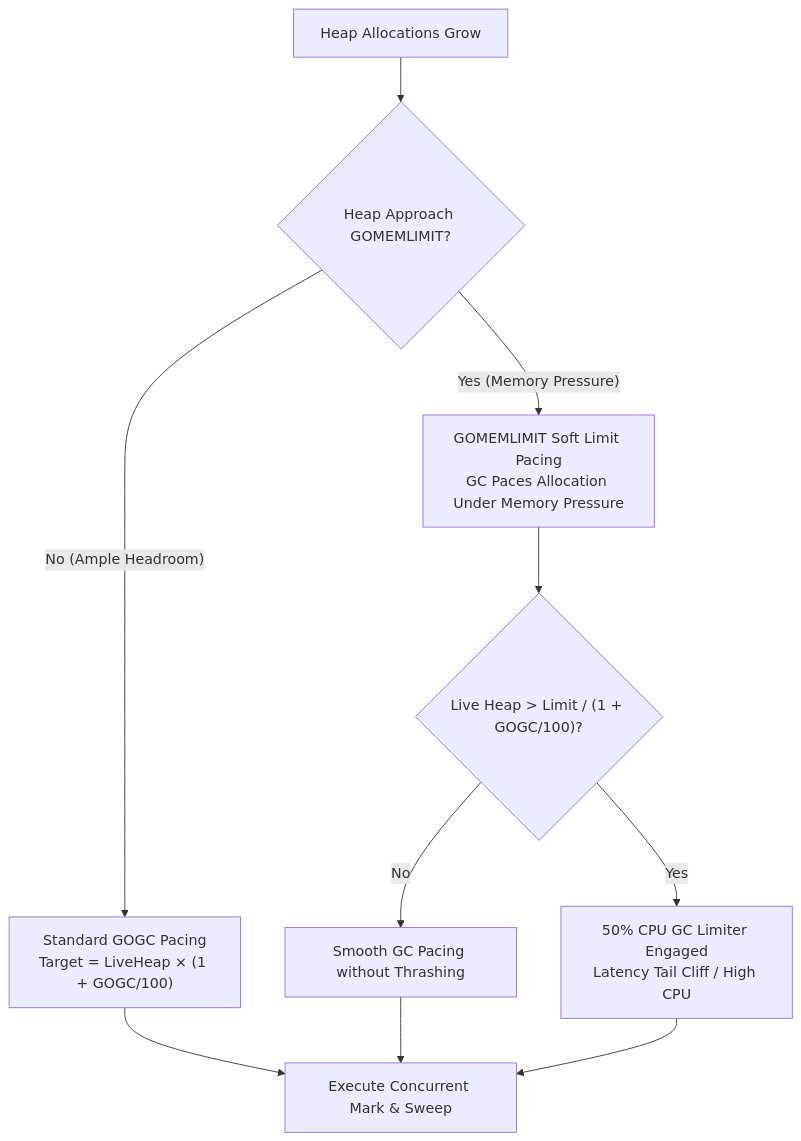
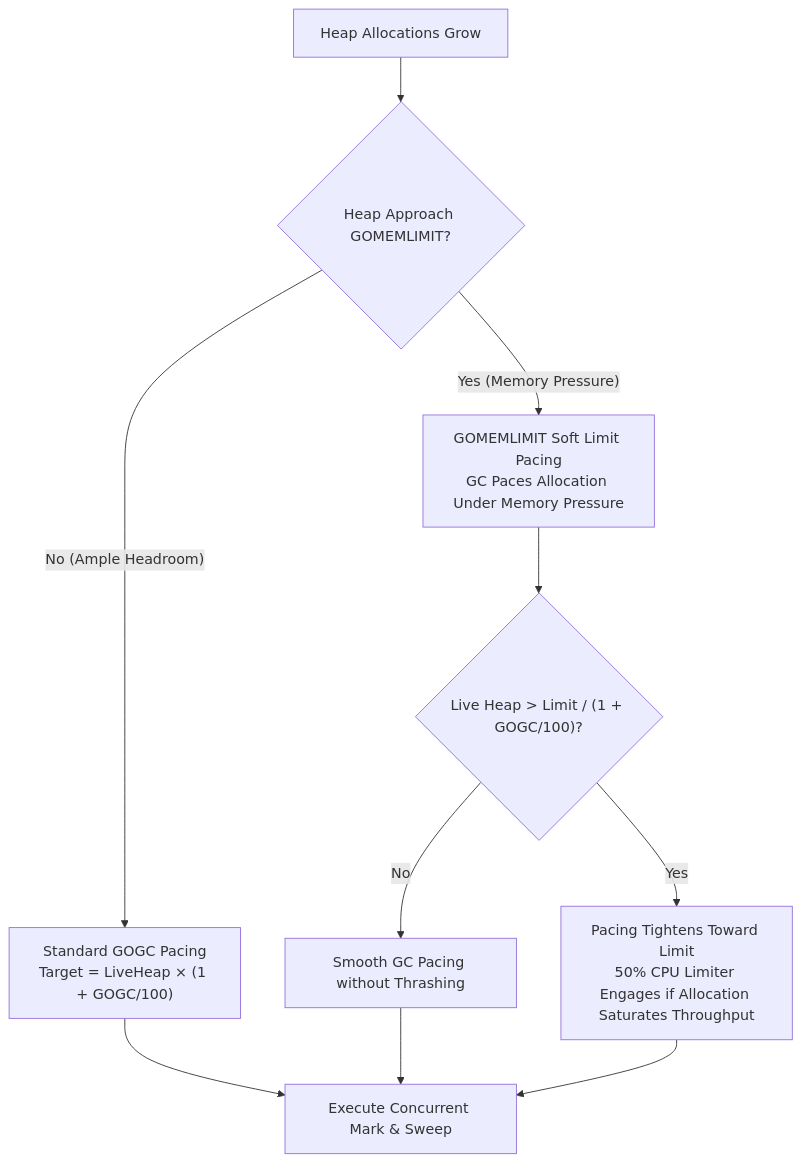
Before and after one commit to EpicBlackWolfZ/microfat: the second of 2 diagrams in docs/runtime-tuning.md, drawn with Mermaid. The commit also changed other lines of this file and 4 other files, not shown here.

````diff
--- a/docs/runtime-tuning.md
+++ b/docs/runtime-tuning.md
@@ -110,16 +112,16 @@
 ```mermaid
 flowchart TD
     Alloc["Heap Allocations Grow"] --> CheckLimit{"Heap Approach GOMEMLIMIT?"}
     
     CheckLimit -->|"No (Ample Headroom)"| StandardGC["Standard GOGC Pacing<br>Target = LiveHeap × (1 + GOGC/100)"]
     CheckLimit -->|"Yes (Memory Pressure)"| LimitGC["GOMEMLIMIT Soft Limit Pacing<br>GC Paces Allocation Under Memory Pressure"]
     
     StandardGC --> RunGC["Execute Concurrent Mark & Sweep"]
     LimitGC --> CheckThrash{"Live Heap > Limit / (1 + GOGC/100)?"}
     
     CheckThrash -->|"No"| SmoothLimit["Smooth GC Pacing without Thrashing"]
-    CheckThrash -->|"Yes"| Limiter["50% CPU GC Limiter Engaged<br>Latency Tail Cliff / High CPU"]
+    CheckThrash -->|"Yes"| Limiter["Pacing Tightens Toward Limit<br>50% CPU Limiter Engages if Allocation Saturates Throughput"]
     
     SmoothLimit --> RunGC
     Limiter --> RunGC
 ```
````
